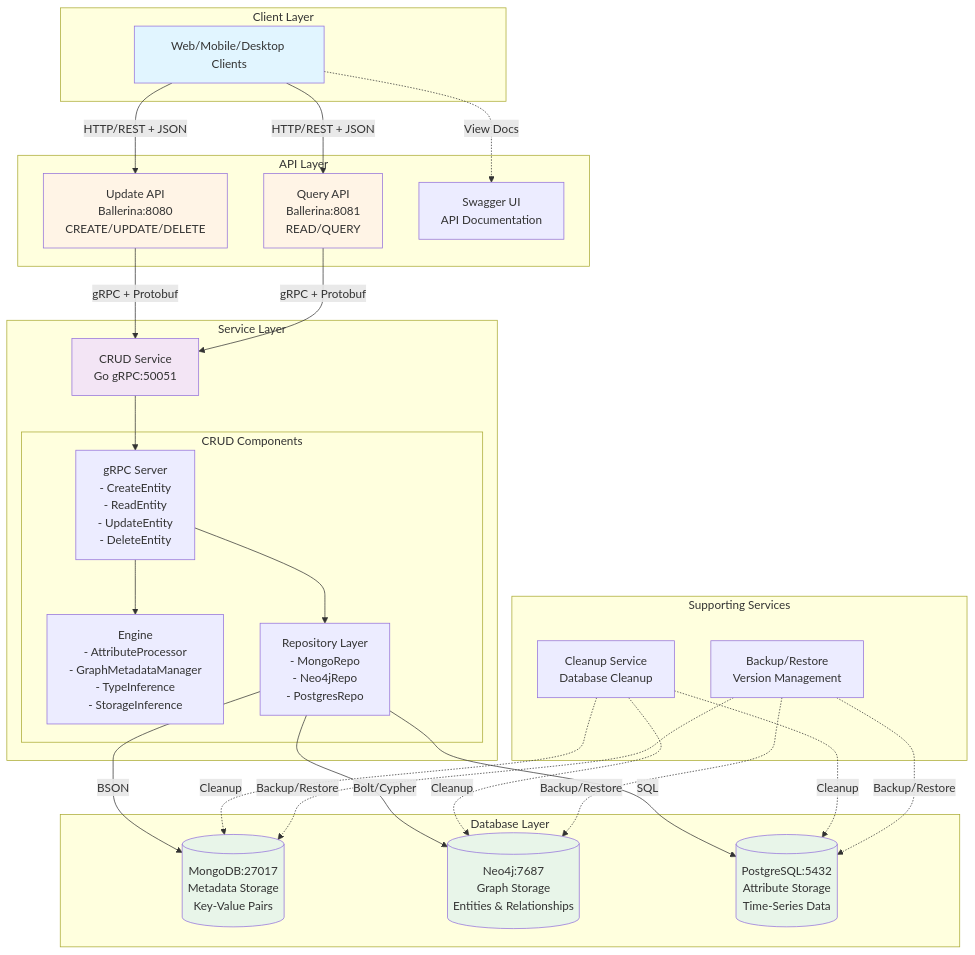
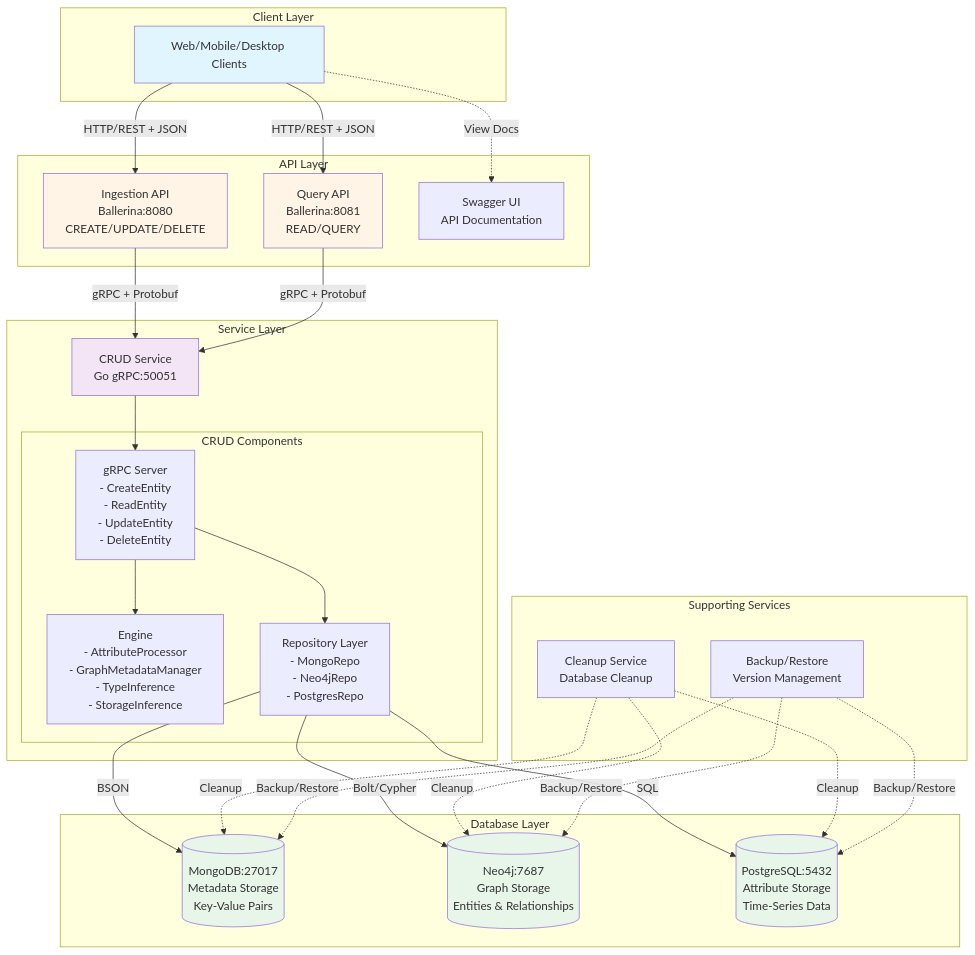
The first of 10 diagrams in docs/architecture/diagrams.md (LDFLK/nexoan), drawn with Mermaid before and after one commit. The commit also changed other lines of this file and 24 other files, not shown here.

Commit message:
Refactor Update API to Ingestion API

````diff
--- a/docs/architecture/diagrams.md
+++ b/docs/architecture/diagrams.md
@@ -9,64 +9,64 @@
 ```mermaid
 graph TB
     subgraph "Client Layer"
         Client[Web/Mobile/Desktop Clients]
     end
     
     subgraph "API Layer"
-        UpdateAPI[Update API<br/>Ballerina:8080<br/>CREATE/UPDATE/DELETE]
+        UpdateAPI[Ingestion API<br/>Ballerina:8080<br/>CREATE/UPDATE/DELETE]
         QueryAPI[Query API<br/>Ballerina:8081<br/>READ/QUERY]
         SwaggerUI[Swagger UI<br/>API Documentation]
     end
     
     subgraph "Service Layer"
         CRUD[CRUD Service<br/>Go gRPC:50051]
         
         subgraph "CRUD Components"
             Server[gRPC Server<br/>- CreateEntity<br/>- ReadEntity<br/>- UpdateEntity<br/>- DeleteEntity]
             Engine[Engine<br/>- AttributeProcessor<br/>- GraphMetadataManager<br/>- TypeInference<br/>- StorageInference]
             Repos[Repository Layer<br/>- MongoRepo<br/>- Neo4jRepo<br/>- PostgresRepo]
         end
     end
     
     subgraph "Database Layer"
         MongoDB[(MongoDB:27017<br/>Metadata Storage<br/>Key-Value Pairs)]
         Neo4j[(Neo4j:7687<br/>Graph Storage<br/>Entities & Relationships)]
         PostgreSQL[(PostgreSQL:5432<br/>Attribute Storage<br/>Time-Series Data)]
     end
     
     subgraph "Supporting Services"
         Cleanup[Cleanup Service<br/>Database Cleanup]
         Backup[Backup/Restore<br/>Version Management]
     end
     
     Client -->|HTTP/REST + JSON| UpdateAPI
     Client -->|HTTP/REST + JSON| QueryAPI
     Client -.->|View Docs| SwaggerUI
     
     UpdateAPI -->|gRPC + Protobuf| CRUD
     QueryAPI -->|gRPC + Protobuf| CRUD
     
     CRUD --> Server
     Server --> Engine
     Server --> Repos
     
     Repos -->|BSON| MongoDB
     Repos -->|Bolt/Cypher| Neo4j
     Repos -->|SQL| PostgreSQL
     
     Cleanup -.->|Cleanup| MongoDB
     Cleanup -.->|Cleanup| Neo4j
     Cleanup -.->|Cleanup| PostgreSQL
     
     Backup -.->|Backup/Restore| MongoDB
     Backup -.->|Backup/Restore| Neo4j
     Backup -.->|Backup/Restore| PostgreSQL
     
     style Client fill:#e1f5ff
     style UpdateAPI fill:#fff4e6
     style QueryAPI fill:#fff4e6
     style CRUD fill:#f3e5f5
     style MongoDB fill:#e8f5e9
     style Neo4j fill:#e8f5e9
     style PostgreSQL fill:#e8f5e9
 ```
````
